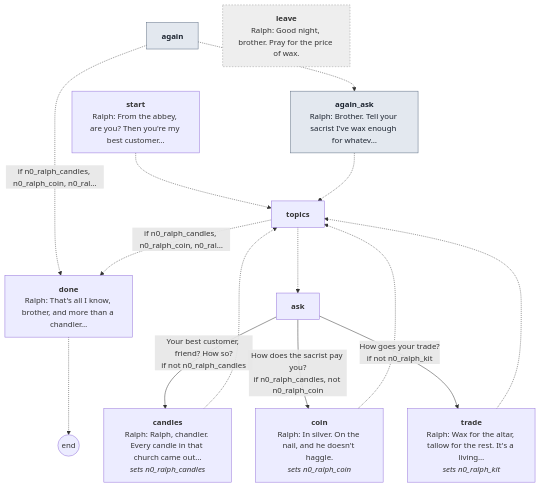
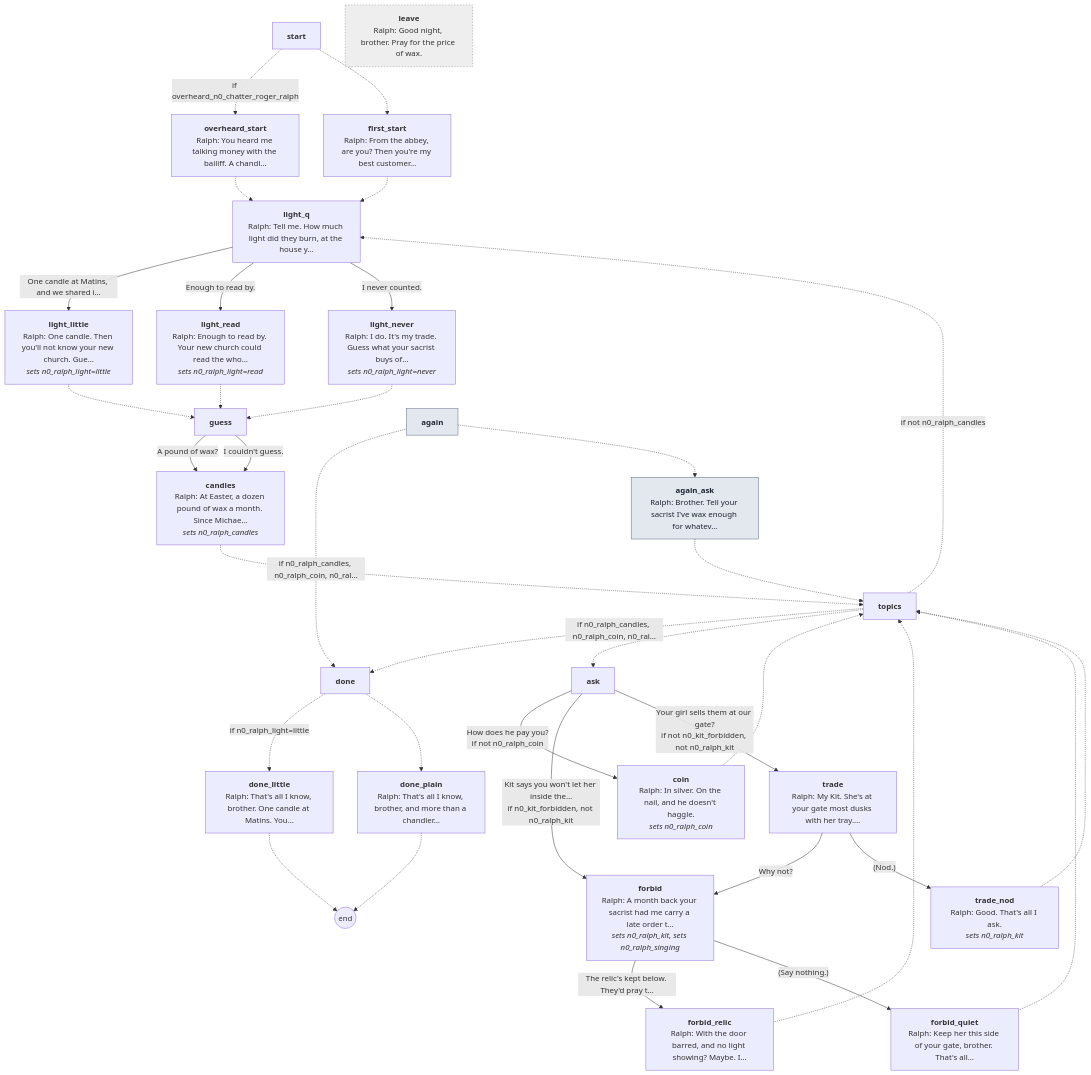
Diagram 14 of 19 in docs/script/night0.md (toastynaan/the-porter), drawn with Mermaid before and after one commit. The commit also changed other lines of this file and 25 other files, not shown here.

````diff
--- a/docs/script/night0.md
+++ b/docs/script/night0.md
@@ -1179,33 +2358,67 @@
 ```mermaid
 flowchart TD
-  p_start["<b>start</b><br/>Ralph: From the abbey, are you? Then you're my best customer…"]
+  p_start["<b>start</b>"]
+  p_first_start["<b>first_start</b><br/>Ralph: From the abbey, are you? Then you're my best customer…"]
+  p_overheard_start["<b>overheard_start</b><br/>Ralph: You heard me talking money with the bailiff. A chandl…"]
+  p_light_q["<b>light_q</b><br/>Ralph: Tell me. How much light did they burn, at the house y…"]
+  p_light_little["<b>light_little</b><br/>Ralph: One candle. Then you'll not know your new church. Gue…<br/><i>sets n0_ralph_light=little</i>"]
+  p_light_read["<b>light_read</b><br/>Ralph: Enough to read by. Your new church could read the who…<br/><i>sets n0_ralph_light=read</i>"]
+  p_light_never["<b>light_never</b><br/>Ralph: I do. It's my trade. Guess what your sacrist buys of…<br/><i>sets n0_ralph_light=never</i>"]
+  p_guess["<b>guess</b>"]
+  p_candles["<b>candles</b><br/>Ralph: At Easter, a dozen pound of wax a month. Since Michae…<br/><i>sets n0_ralph_candles</i>"]
   p_again["<b>again</b>"]
   p_again_ask["<b>again_ask</b><br/>Ralph: Brother. Tell your sacrist I've wax enough for whatev…"]
   p_topics["<b>topics</b>"]
   p_ask["<b>ask</b>"]
-  p_candles["<b>candles</b><br/>Ralph: Ralph, chandler. Every candle in that church came out…<br/><i>sets n0_ralph_candles</i>"]
   p_coin["<b>coin</b><br/>Ralph: In silver. On the nail, and he doesn't haggle.<br/><i>sets n0_ralph_coin</i>"]
-  p_trade["<b>trade</b><br/>Ralph: Wax for the altar, tallow for the rest. It's a living…<br/><i>sets n0_ralph_kit</i>"]
-  p_done["<b>done</b><br/>Ralph: That's all I know, brother, and more than a chandler…"]
+  p_trade["<b>trade</b><br/>Ralph: My Kit. She's at your gate most dusks with her tray.…"]
+  p_trade_nod["<b>trade_nod</b><br/>Ralph: Good. That's all I ask.<br/><i>sets n0_ralph_kit</i>"]
+  p_forbid["<b>forbid</b><br/>Ralph: A month back your sacrist had me carry a late order t…<br/><i>sets n0_ralph_kit, sets n0_ralph_singing</i>"]
+  p_forbid_relic["<b>forbid_relic</b><br/>Ralph: With the door barred, and no light showing? Maybe. I…"]
+  p_forbid_quiet["<b>forbid_quiet</b><br/>Ralph: Keep her this side of your gate, brother. That's all…"]
+  p_done["<b>done</b>"]
+  p_done_little["<b>done_little</b><br/>Ralph: That's all I know, brother. One candle at Matins. You…"]
+  p_done_plain["<b>done_plain</b><br/>Ralph: That's all I know, brother, and more than a chandler…"]
   p_leave["<b>leave</b><br/>Ralph: Good night, brother. Pray for the price of wax."]
   end_((end))
-  p_start -.-> p_topics
+  p_start -.->|"if overheard_n0_chatter_roger_ralph"| p_overheard_start
+  p_start -.-> p_first_start
+  p_first_start -.-> p_light_q
+  p_overheard_start -.-> p_light_q
+  p_light_q -->|"One candle at Matins, and we shared i…"| p_light_little
+  p_light_q -->|"Enough to read by."| p_light_read
+  p_light_q -->|"I never counted."| p_light_never
+  p_light_little -.-> p_guess
+  p_light_read -.-> p_guess
+  p_light_never -.-> p_guess
+  p_guess -->|"A pound of wax?"| p_candles
+  p_guess -->|"I couldn't guess."| p_candles
+  p_candles -.-> p_topics
   p_again -.->|"if n0_ralph_candles, n0_ralph_coin, n0_ral…"| p_done
   p_again -.-> p_again_ask
   p_again_ask -.-> p_topics
+  p_topics -.->|"if not n0_ralph_candles"| p_light_q
   p_topics -.->|"if n0_ralph_candles, n0_ralph_coin, n0_ral…"| p_done
   p_topics -.-> p_ask
-  p_ask -->|"Your best customer, friend? How so?<br/>if not n0_ralph_candles"| p_candles
-  p_ask -->|"How does the sacrist pay you?<br/>if n0_ralph_candles, not n0_ralph_coin"| p_coin
-  p_ask -->|"How goes your trade?<br/>if not n0_ralph_kit"| p_trade
-  p_candles -.-> p_topics
+  p_ask -->|"How does he pay you?<br/>if not n0_ralph_coin"| p_coin
+  p_ask -->|"Kit says you won't let her inside the…<br/>if n0_kit_forbidden, not n0_ralph_kit"| p_forbid
+  p_ask -->|"Your girl sells them at our gate?<br/>if not n0_kit_forbidden, not n0_ralph_kit"| p_trade
   p_coin -.-> p_topics
-  p_trade -.-> p_topics
-  p_done -.-> end_
+  p_trade -->|"Why not?"| p_forbid
+  p_trade -->|"(Nod.)"| p_trade_nod
+  p_trade_nod -.-> p_topics
+  p_forbid -->|"The relic's kept below. They'd pray t…"| p_forbid_relic
+  p_forbid -->|"(Say nothing.)"| p_forbid_quiet
+  p_forbid_relic -.-> p_topics
+  p_forbid_quiet -.-> p_topics
+  p_done -.->|"if n0_ralph_light=little"| p_done_little
+  p_done -.-> p_done_plain
+  p_done_little -.-> end_
+  p_done_plain -.-> end_
   classDef claim fill:#f3e3b5,stroke:#9a6b1a,color:#2b2116
   classDef again fill:#e3e8ef,stroke:#5b6b80,color:#1c2430
   classDef leave fill:#eee,stroke:#999,color:#333,stroke-dasharray: 3 3
   class p_again again
   class p_again_ask again
   class p_leave leave
 ```
````
